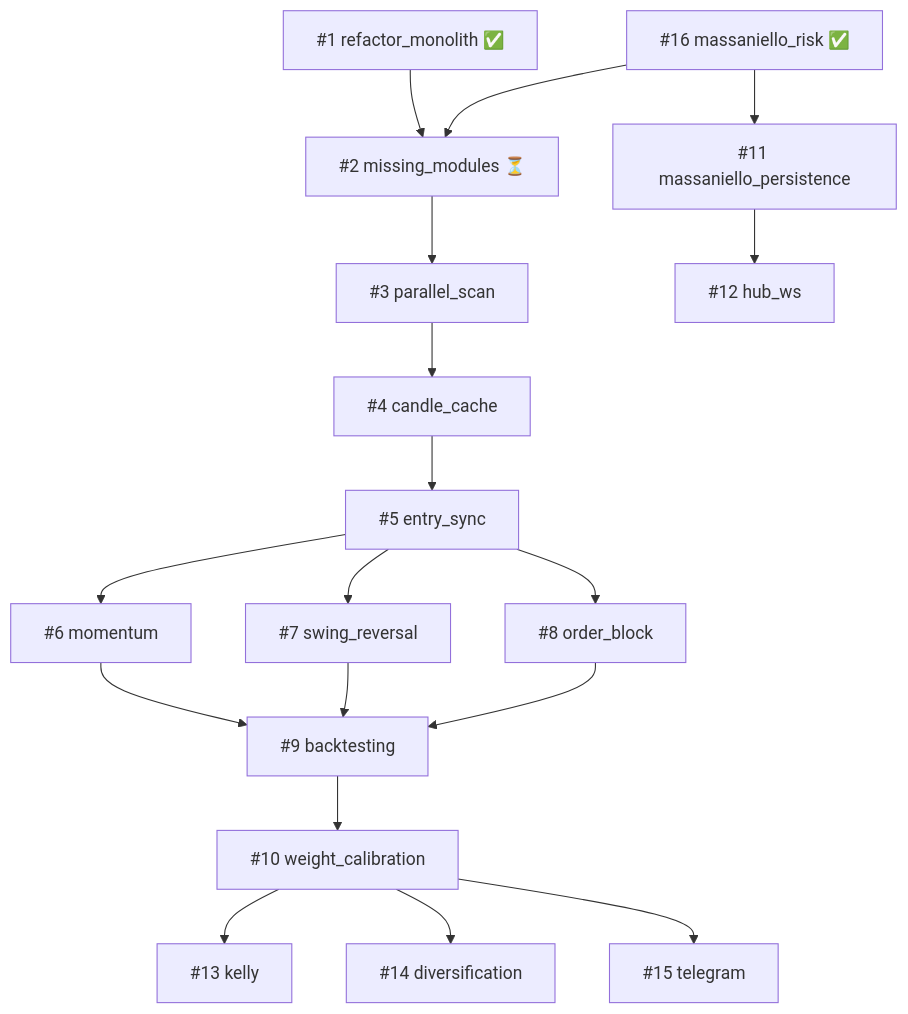
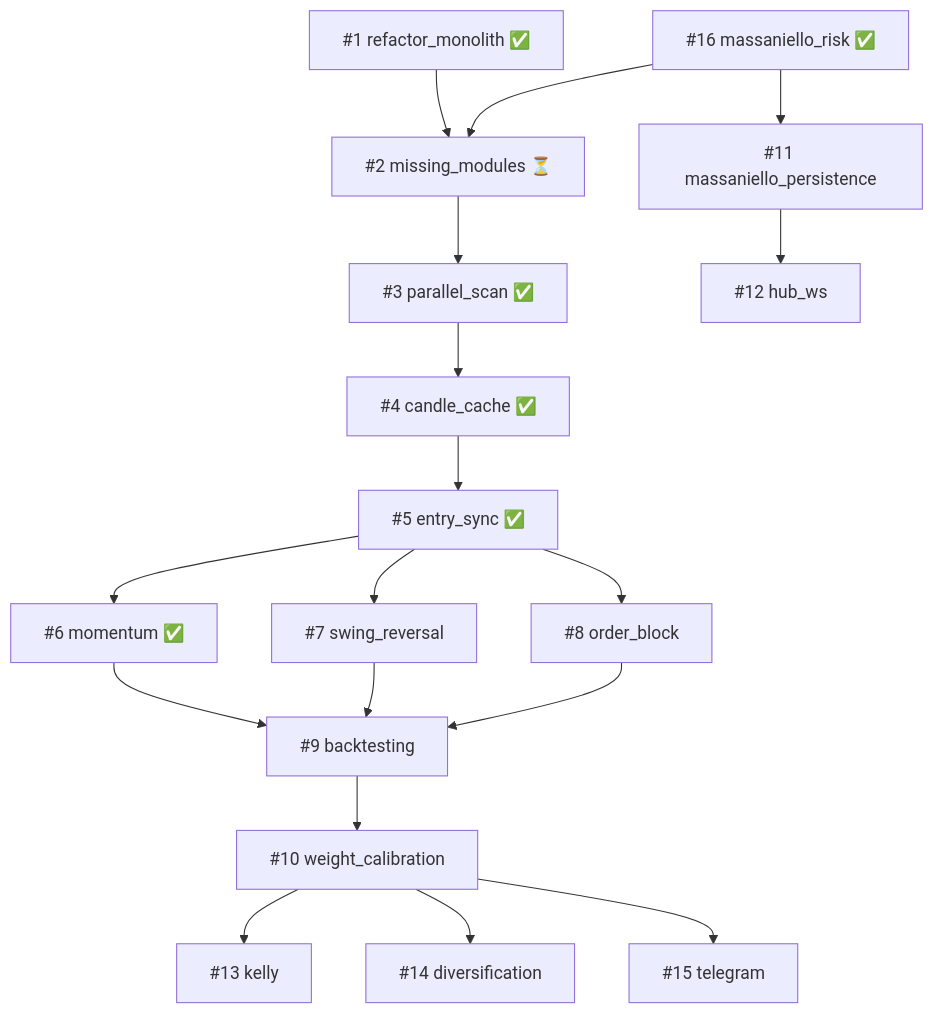
One commit to vjack666/quotex changed the diagram in docs/ROADMAP.md. Above: the diagram before and after it, drawn with Mermaid. The commit also changed other lines of this file and 27 other files, not shown here.

First line of the commit message:
feat: candle cache, entry sync, momentum strategy (#4-#6)

````diff
--- a/docs/ROADMAP.md
+++ b/docs/ROADMAP.md
@@ -75,28 +75,28 @@
 ```mermaid
 flowchart TD
     F1["#1 refactor_monolith ✅"]
     F16["#16 massaniello_risk ✅"]
     F2["#2 missing_modules ⏳"]
-    F3["#3 parallel_scan"]
-    F4["#4 candle_cache"]
-    F5["#5 entry_sync"]
-    F6["#6 momentum"]
+    F3["#3 parallel_scan ✅"]
+    F4["#4 candle_cache ✅"]
+    F5["#5 entry_sync ✅"]
+    F6["#6 momentum ✅"]
     F7["#7 swing_reversal"]
     F8["#8 order_block"]
     F9["#9 backtesting"]
     F10["#10 weight_calibration"]
     F11["#11 massaniello_persistence"]
     F12["#12 hub_ws"]
     F13["#13 kelly"]
     F14["#14 diversification"]
     F15["#15 telegram"]
 
     F1 --> F2
     F16 --> F2
     F2 --> F3 --> F4 --> F5
     F5 --> F6 & F7 & F8
     F6 & F7 & F8 --> F9 --> F10
     F16 --> F11
     F11 --> F12
     F10 --> F13 & F14 & F15
 ```
````
